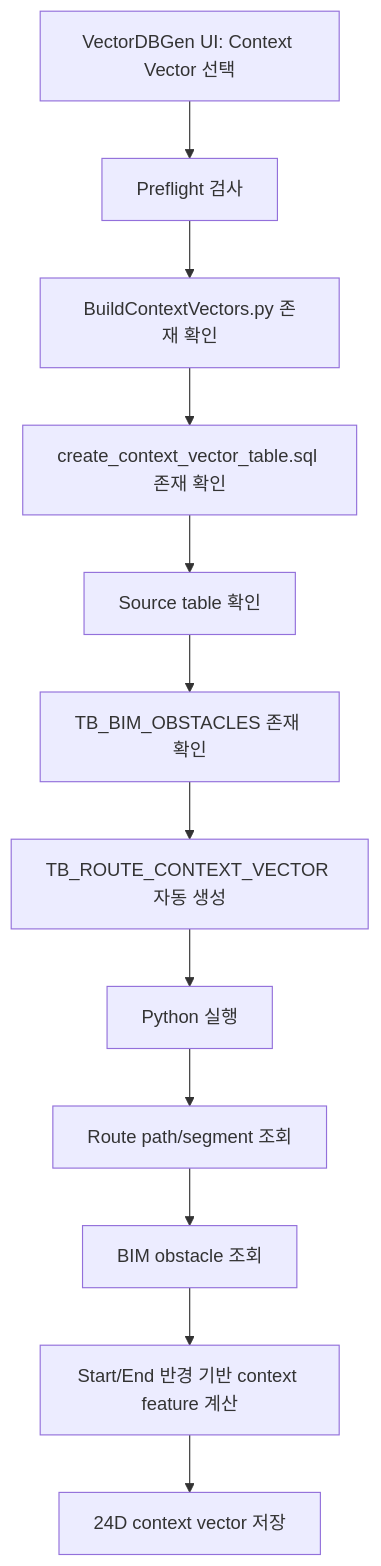
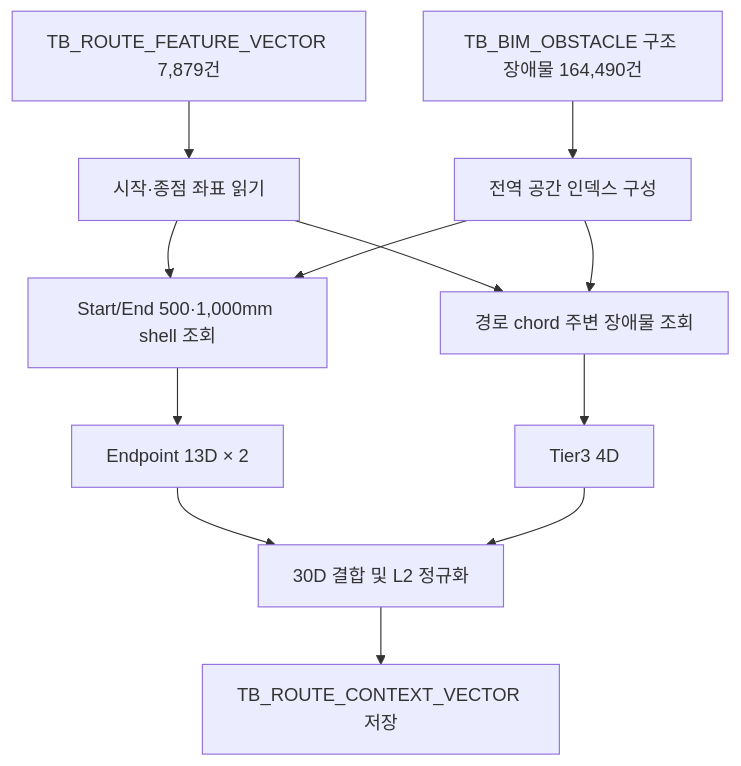
Before and after one commit to overcomsoft/TopK: the diagram in Docs/VectorDBGen_ContextVector_Module.md, drawn with Mermaid. The commit also changed other lines of this file and 67 other files, not shown here.

````diff
--- a/Docs/VectorDBGen_ContextVector_Module.md
+++ b/Docs/VectorDBGen_ContextVector_Module.md
@@ -25,14 +24,14 @@
 ```mermaid
 flowchart TD
-    A["VectorDBGen UI: Context Vector 선택"] --> B["Preflight 검사"]
-    B --> C["BuildContextVectors.py 존재 확인"]
-    C --> D["create_context_vector_table.sql 존재 확인"]
-    D --> E["Source table 확인"]
-    E --> F["TB_BIM_OBSTACLES 존재 확인"]
-    F --> G["TB_ROUTE_CONTEXT_VECTOR 자동 생성"]
-    G --> H["Python 실행"]
-    H --> I["Route path/segment 조회"]
-    I --> J["BIM obstacle 조회"]
-    J --> K["Start/End 반경 기반 context feature 계산"]
-    K --> L["24D context vector 저장"]
+    A["TB_ROUTE_FEATURE_VECTOR 7,879건"] --> B["시작·종점 좌표 읽기"]
+    C["TB_BIM_OBSTACLE 구조 장애물 164,490건"] --> D["전역 공간 인덱스 구성"]
+    B --> E["Start/End 500·1,000mm shell 조회"]
+    D --> E
+    B --> F["경로 chord 주변 장애물 조회"]
+    D --> F
+    E --> G["Endpoint 13D × 2"]
+    F --> H["Tier3 4D"]
+    G --> I["30D 결합 및 L2 정규화"]
+    H --> I
+    I --> J["TB_ROUTE_CONTEXT_VECTOR 저장"]
 ```
````
